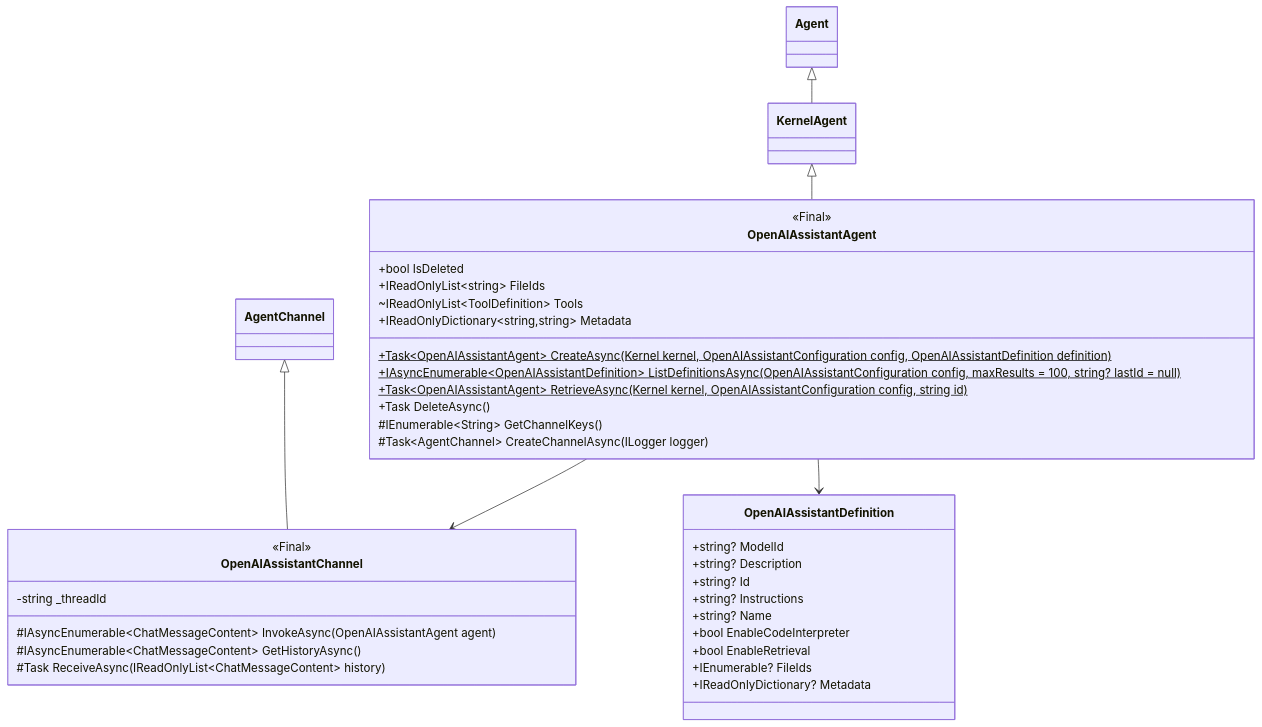
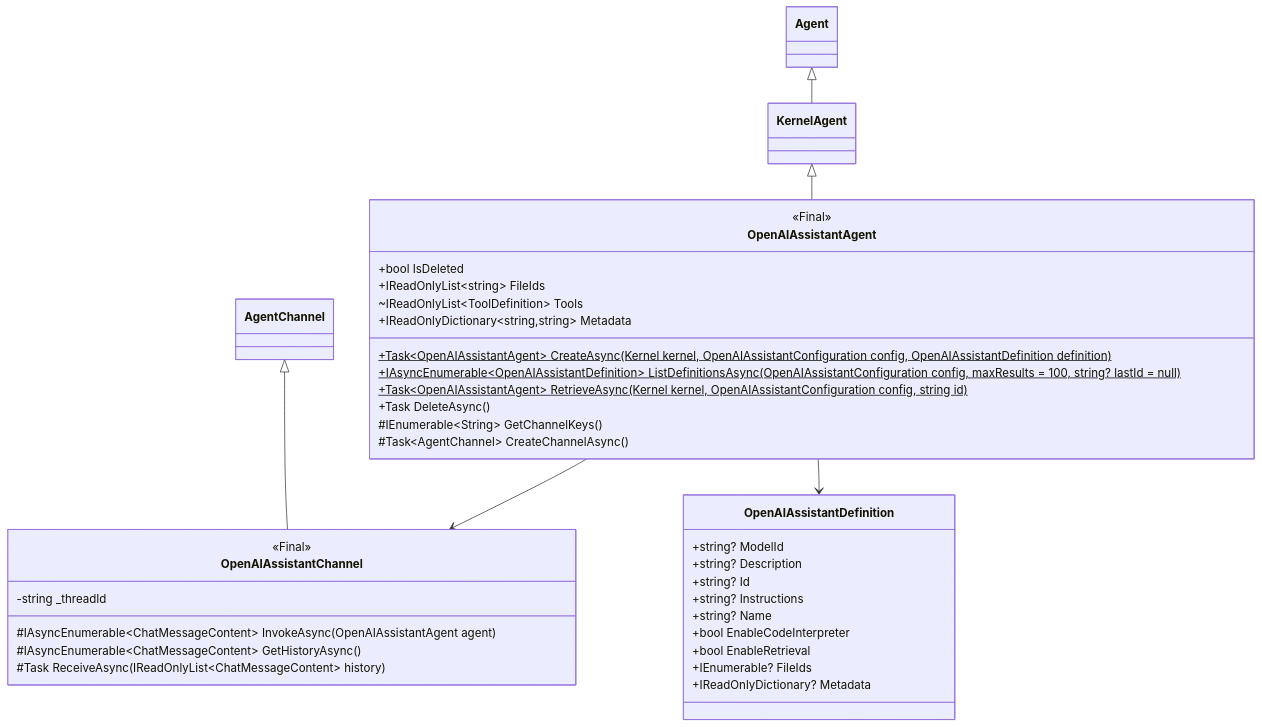
One commit to microsoft/semantic-kernel changed the diagram in docs/decisions/diagrams/agent-assistant.mmd. Above: the diagram before and after it, drawn with Mermaid. The commit also changed 5 other files, not shown here.

```diff
--- a/docs/decisions/diagrams/agent-assistant.mmd
+++ b/docs/decisions/diagrams/agent-assistant.mmd
@@ -1,43 +1,43 @@
 classDiagram
 
     Agent
     AgentChannel
     Agent <|-- KernelAgent
     
     KernelAgent <|-- OpenAIAssistantAgent
     OpenAIAssistantAgent --> OpenAIAssistantChannel
     OpenAIAssistantAgent --> OpenAIAssistantDefinition  
     class OpenAIAssistantAgent {
         <<Final>>
         +bool IsDeleted
         +IReadOnlyList~string~ FileIds
         ~IReadOnlyList~ToolDefinition~ Tools
         +IReadOnlyDictionary~string,string~ Metadata
         +Task~OpenAIAssistantAgent~ CreateAsync(Kernel kernel, OpenAIAssistantConfiguration config, OpenAIAssistantDefinition definition)$
         +IAsyncEnumerable~OpenAIAssistantDefinition~ ListDefinitionsAsync(OpenAIAssistantConfiguration config,  maxResults = 100, string? lastId = null)$
         +Task~OpenAIAssistantAgent~ RetrieveAsync(Kernel kernel, OpenAIAssistantConfiguration config, string id)$
         +Task DeleteAsync()
         #IEnumerable~String~ GetChannelKeys()
-        #Task~AgentChannel~ CreateChannelAsync(ILogger logger)
+        #Task~AgentChannel~ CreateChannelAsync()
     }
 
     AgentChannel <|-- OpenAIAssistantChannel
     class OpenAIAssistantChannel {
         <<Final>>
         -string _threadId
         #IAsyncEnumerable~ChatMessageContent~ InvokeAsync(OpenAIAssistantAgent agent)
         #IAsyncEnumerable~ChatMessageContent~ GetHistoryAsync()
         #Task ReceiveAsync(IReadOnlyList~ChatMessageContent~ history)
     }
 
     class OpenAIAssistantDefinition {
         +string? ModelId
         +string? Description
         +string? Id
         +string? Instructions
         +string? Name
         +bool EnableCodeInterpreter
         +bool EnableRetrieval
         +IEnumerable<string>? FileIds
         +IReadOnlyDictionary<string, string>? Metadata
     }
```
